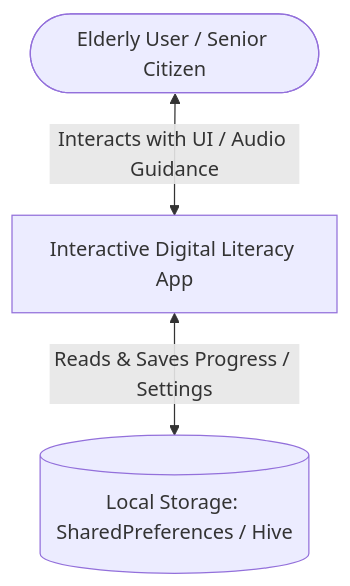
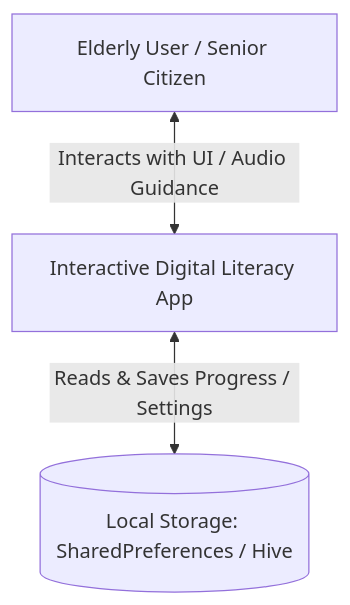
One commit to dana-rais/diplom-app changed the first of 3 diagrams in docs/diagrams/README.md. Above: the diagram before and after it, drawn with Mermaid. The commit also changed other lines of this file, not shown here.

````diff
--- a/docs/diagrams/README.md
+++ b/docs/diagrams/README.md
@@ -6,5 +6,5 @@
 ```mermaid
 graph TD
-    User([Elderly User / Senior Citizen]) <-->|Interacts with UI / Audio Guidance| FlutterApp[Interactive Digital Literacy App]
+    User[Elderly User / Senior Citizen] <-->|Interacts with UI / Audio Guidance| FlutterApp[Interactive Digital Literacy App]
     FlutterApp <-->|Reads & Saves Progress / Settings| LocalStorage[(Local Storage: SharedPreferences / Hive)]
 ```
````
